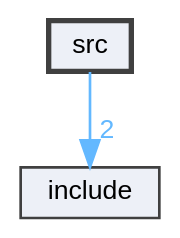
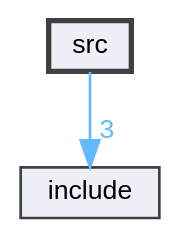
One commit to DanielIngham/Cooperative-Positioning-Data-Handler changed the diagram in docs/dir_68267d1309a1af8e8297ef4c3efbcdba_dep.dot. Above: the diagram before and after it, drawn with Graphviz. The commit also changed 105 other files, not shown here.

```diff
--- a/docs/dir_68267d1309a1af8e8297ef4c3efbcdba_dep.dot
+++ b/docs/dir_68267d1309a1af8e8297ef4c3efbcdba_dep.dot
@@ -1,11 +1,11 @@
 digraph "/home/dan/Code/UTIAS-Multi-Robot/Data-Handler/src"
 {
  // LATEX_PDF_SIZE
   bgcolor="transparent";
   edge [fontname=Helvetica,fontsize=10,labelfontname=Helvetica,labelfontsize=10];
   node [fontname=Helvetica,fontsize=10,shape=box,height=0.2,width=0.4];
   compound=true
   dir_68267d1309a1af8e8297ef4c3efbcdba [label="src", fillcolor="#edf0f7", color="grey25", style="filled,bold", URL="dir_68267d1309a1af8e8297ef4c3efbcdba.html",tooltip=""];
   dir_d44c64559bbebec7f509842c48db8b23 [label="include", fillcolor="#edf0f7", color="grey25", style="filled", URL="dir_d44c64559bbebec7f509842c48db8b23.html",tooltip=""];
-  dir_68267d1309a1af8e8297ef4c3efbcdba->dir_d44c64559bbebec7f509842c48db8b23 [headlabel="2", labeldistance=1.5 headhref="dir_000001_000000.html" href="dir_000001_000000.html" color="steelblue1" fontcolor="steelblue1"];
+  dir_68267d1309a1af8e8297ef4c3efbcdba->dir_d44c64559bbebec7f509842c48db8b23 [headlabel="3", labeldistance=1.5 headhref="dir_000001_000000.html" href="dir_000001_000000.html" color="steelblue1" fontcolor="steelblue1"];
 }
```
